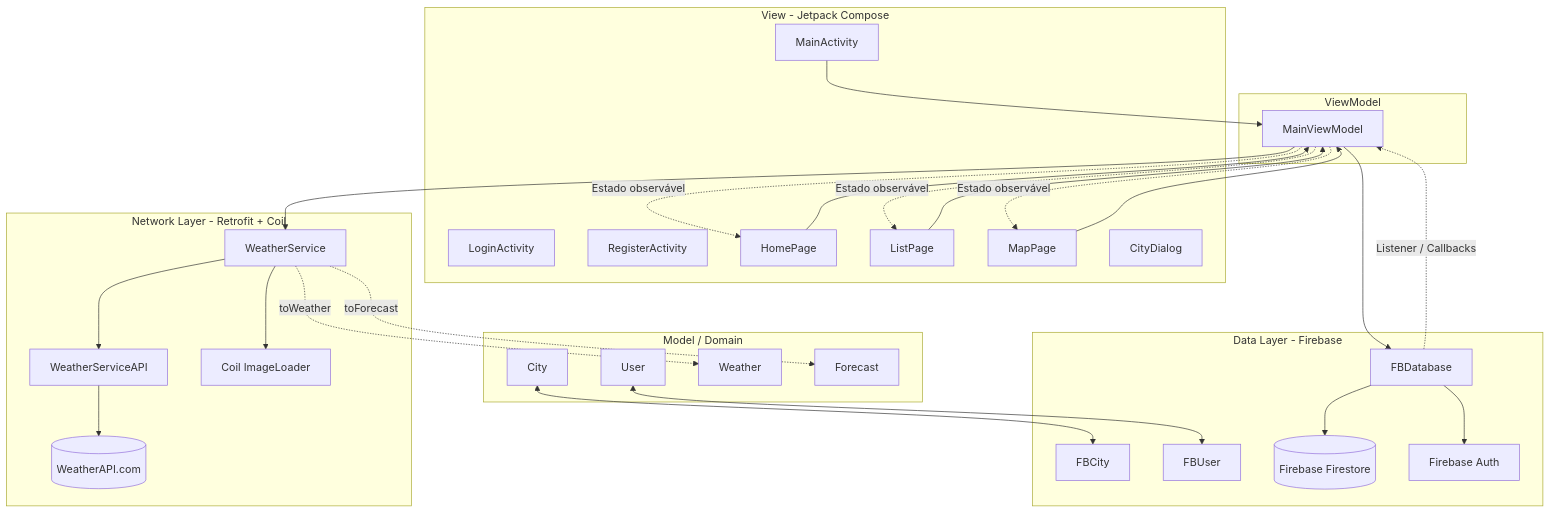
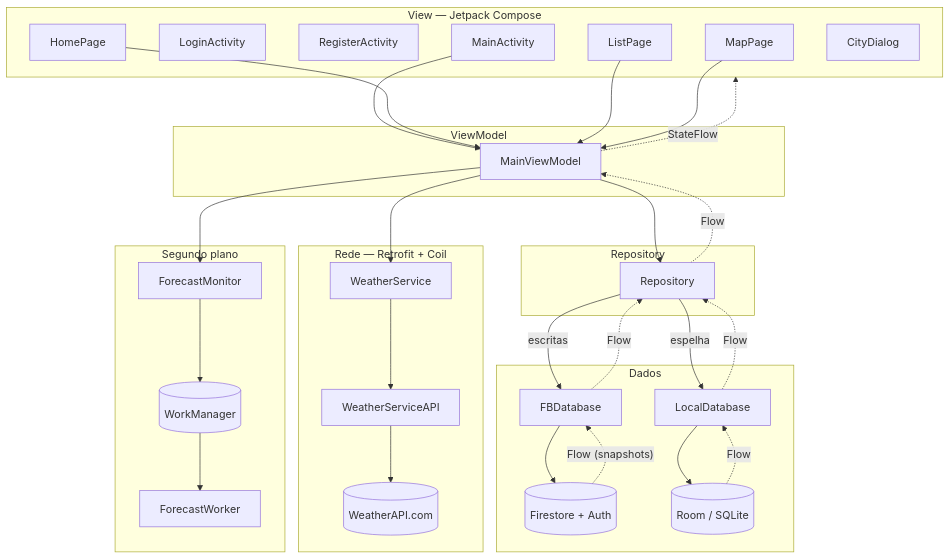
One commit to RafaLG18/WeatherApp changed the diagram in README.md. Above: the diagram before and after it, drawn with Mermaid. The commit also changed other lines of this file, not shown here.

````diff
--- a/README.md
+++ b/README.md
@@ -26,65 +33,64 @@
 ```mermaid
 graph TD
-    subgraph View [View - Jetpack Compose]
-        MainActivity[MainActivity]
-        LoginActivity[LoginActivity]
-        RegisterActivity[RegisterActivity]
-        HomePage[HomePage]
-        ListPage[ListPage]
-        MapPage[MapPage]
-        CityDialog[CityDialog]
+    subgraph View["View — Jetpack Compose"]
+        MainActivity
+        LoginActivity
+        RegisterActivity
+        HomePage
+        ListPage
+        MapPage
+        CityDialog
     end
 
-    subgraph ViewModel [ViewModel]
-        MainViewModel[MainViewModel]
+    subgraph VM["ViewModel"]
+        MainViewModel
     end
 
-    subgraph Model [Model / Domain]
-        City[City]
-        User[User]
-        Weather[Weather]
-        Forecast[Forecast]
+    subgraph Repo["Repository"]
+        Repository
     end
 
-    subgraph Network [Network Layer - Retrofit + Coil]
-        WeatherService[WeatherService]
-        WeatherServiceAPI[WeatherServiceAPI]
-        WeatherAPI[(WeatherAPI.com)]
-        Coil[Coil ImageLoader]
+    subgraph Net["Rede — Retrofit + Coil"]
+        WeatherService
+        WeatherServiceAPI
+        WeatherAPI[("WeatherAPI.com")]
     end
 
-    subgraph Data [Data Layer - Firebase]
-        FBDatabase[FBDatabase]
-        FBCity[FBCity]
-        FBUser[FBUser]
-        Firestore[(Firebase Firestore)]
-        FirebaseAuth[Firebase Auth]
+    subgraph Data["Dados"]
+        FBDatabase
+        Firestore[("Firestore + Auth")]
+        LocalDatabase
+        Room[("Room / SQLite")]
     end
 
-    %% Fluxos da UI
+    subgraph Mon["Segundo plano"]
+        ForecastMonitor
+        ForecastWorker
+        WorkManager[("WorkManager")]
+    end
+
     MainActivity --> MainViewModel
     HomePage --> MainViewModel
     ListPage --> MainViewModel
     MapPage --> MainViewModel
 
-    %% ViewModel -> camadas
+    MainViewModel --> Repository
     MainViewModel --> WeatherService
-    MainViewModel --> FBDatabase
-    WeatherService --> WeatherServiceAPI
-    WeatherService --> Coil
-    WeatherServiceAPI --> WeatherAPI
+    MainViewModel --> ForecastMonitor
+
+    Repository -->|escritas| FBDatabase
+    Repository -->|espelha| LocalDatabase
     FBDatabase --> Firestore
-    FBDatabase --> FirebaseAuth
+    LocalDatabase --> Room
 
-    %% Reatividade
-    FBDatabase -.->|Listener / Callbacks| MainViewModel
-    MainViewModel -.->|Estado observável| HomePage
-    MainViewModel -.->|Estado observável| ListPage
-    MainViewModel -.->|Estado observável| MapPage
+    WeatherService --> WeatherServiceAPI --> WeatherAPI
 
-    %% Conversões entre modelos
-    City <--> FBCity
-    User <--> FBUser
-    WeatherService -.->|toWeather| Weather
-    WeatherService -.->|toForecast| Forecast
+    ForecastMonitor --> WorkManager --> ForecastWorker
+
+    Firestore -.->|"Flow (snapshots)"| FBDatabase
+    FBDatabase -.->|Flow| Repository
+    Room -.->|Flow| LocalDatabase
+    LocalDatabase -.->|Flow| Repository
+    Repository -.->|Flow| MainViewModel
+    MainViewModel -.->|StateFlow| View
 ```
````
